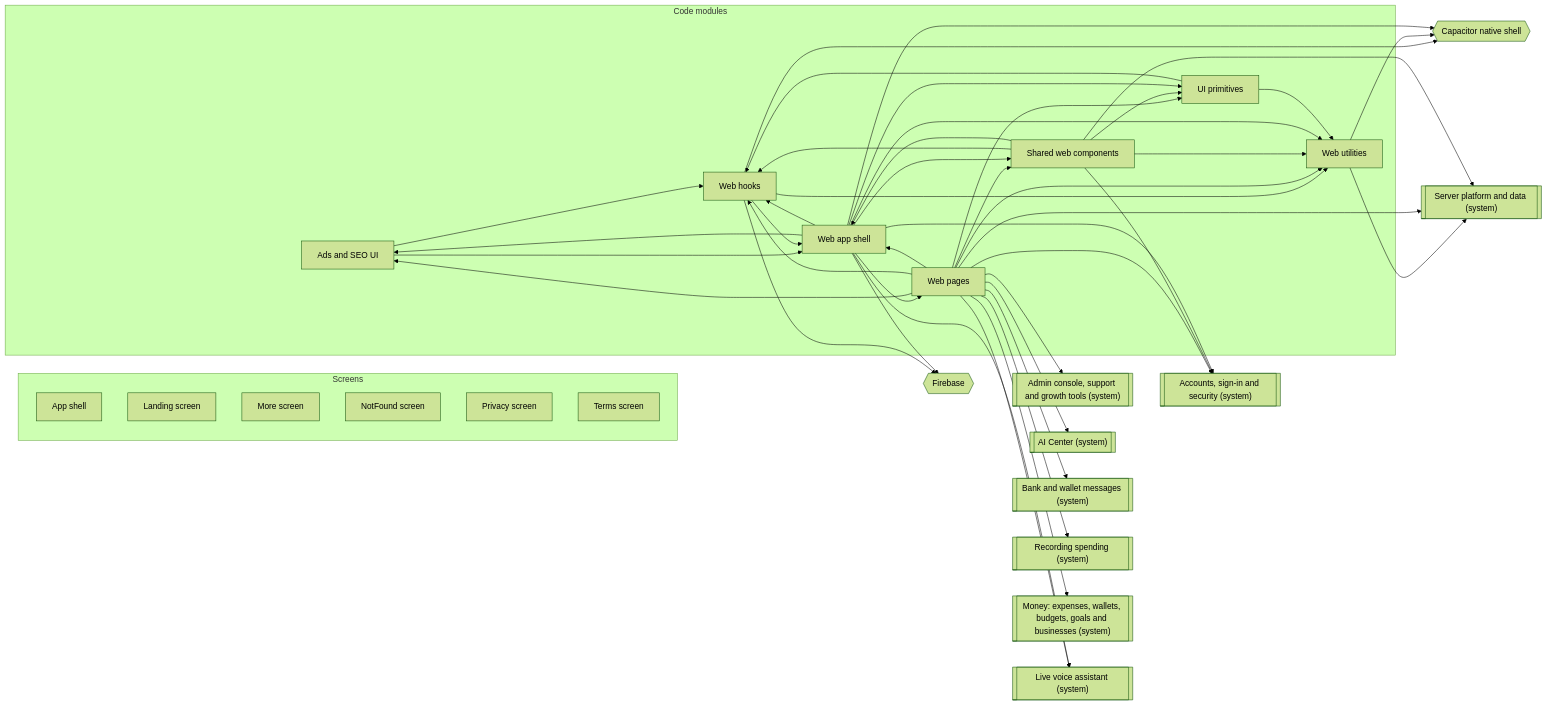
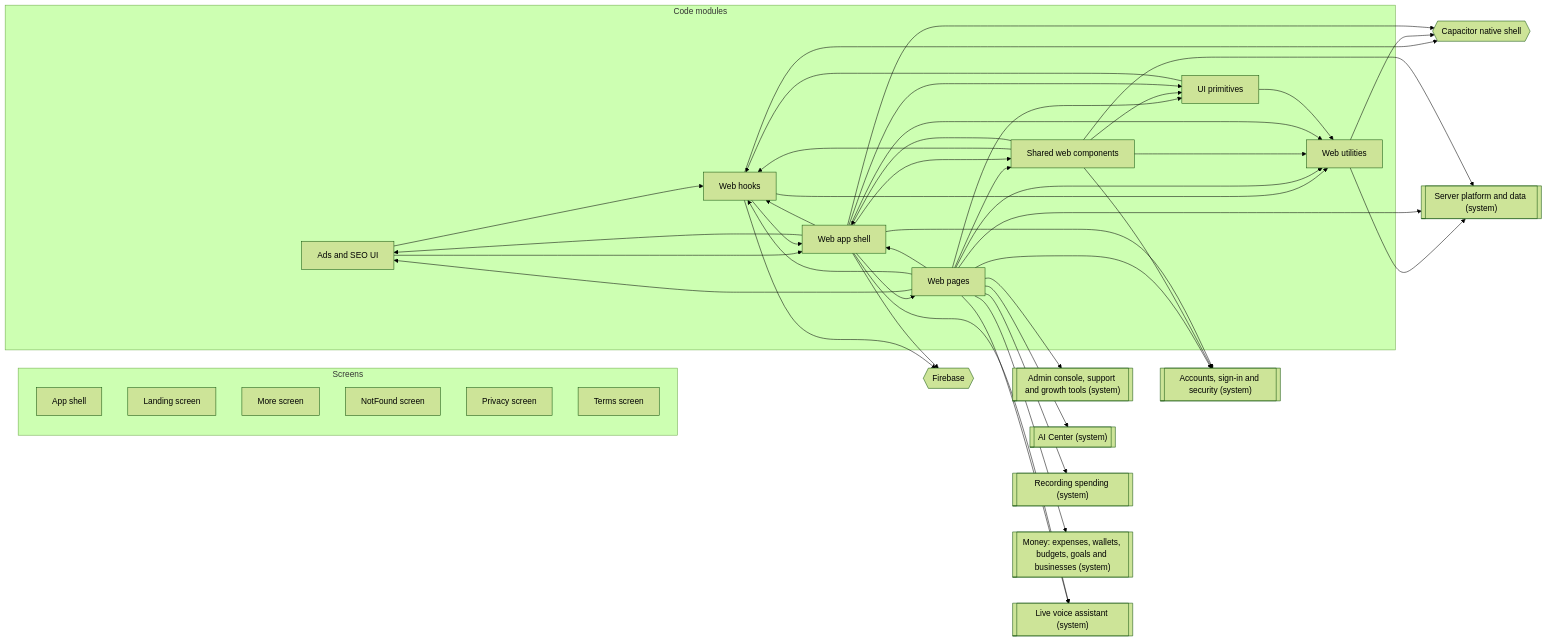
The diagram in docs/atlas/systems/web-app.md (mahmoudtaherr111/smartspend_mini_all), drawn with Mermaid (forest theme) before and after one commit. The commit also changed other lines of this file and 62 other files, not shown here.

First line of the commit message:
refactor(web): remove the old bank-sync screens

````diff
--- a/docs/atlas/systems/web-app.md
+++ b/docs/atlas/systems/web-app.md
@@ -13,70 +13,68 @@
 ```mermaid
 flowchart LR
   subgraph g_screens["Screens"]
     page_App_shell["App shell"]
     page_Landing["Landing screen"]
     page_More["More screen"]
     page_NotFound["NotFound screen"]
     page_Privacy["Privacy screen"]
     page_Terms["Terms screen"]
   end
   subgraph g_modules["Code modules"]
     mod_web_growth["Ads and SEO UI"]
     mod_web_hooks["Web hooks"]
     mod_web_lib["Web utilities"]
     mod_web_pages["Web pages"]
     mod_web_shared["Shared web components"]
     mod_web_shell["Web app shell"]
     mod_web_ui_kit["UI primitives"]
   end
   ext_capacitor{{"Capacitor native shell"}}
   ext_firebase{{"Firebase"}}
   sys_accounts[["Accounts, sign-in and security (system)"]]
   sys_admin[["Admin console, support and growth tools (system)"]]
   sys_ai_center[["AI Center (system)"]]
-  sys_bank_messages[["Bank and wallet messages (system)"]]
   sys_expense_capture[["Recording spending (system)"]]
   sys_money[["Money: expenses, wallets, budgets, goals and businesses (system)"]]
   sys_platform[["Server platform and data (system)"]]
   sys_voice_calls[["Live voice assistant (system)"]]
   mod_web_growth --> mod_web_hooks
   mod_web_growth --> mod_web_shell
   mod_web_hooks --> ext_capacitor
   mod_web_hooks --> ext_firebase
   mod_web_hooks --> mod_web_lib
   mod_web_hooks --> mod_web_shell
   mod_web_lib --> ext_capacitor
   mod_web_lib --> sys_platform
   mod_web_pages --> mod_web_growth
   mod_web_pages --> mod_web_hooks
   mod_web_pages --> mod_web_lib
   mod_web_pages --> mod_web_shared
   mod_web_pages --> mod_web_shell
   mod_web_pages --> mod_web_ui_kit
   mod_web_pages --> sys_accounts
   mod_web_pages --> sys_admin
   mod_web_pages --> sys_ai_center
-  mod_web_pages --> sys_bank_messages
   mod_web_pages --> sys_expense_capture
   mod_web_pages --> sys_money
   mod_web_pages --> sys_platform
   mod_web_pages --> sys_voice_calls
   mod_web_shared --> mod_web_hooks
   mod_web_shared --> mod_web_lib
   mod_web_shared --> mod_web_shell
   mod_web_shared --> mod_web_ui_kit
   mod_web_shared --> sys_accounts
   mod_web_shared --> sys_platform
   mod_web_shell --> ext_capacitor
   mod_web_shell --> ext_firebase
   mod_web_shell --> mod_web_growth
   mod_web_shell --> mod_web_hooks
   mod_web_shell --> mod_web_lib
   mod_web_shell --> mod_web_pages
   mod_web_shell --> mod_web_shared
   mod_web_shell --> mod_web_ui_kit
   mod_web_shell --> sys_accounts
   mod_web_shell --> sys_voice_calls
   mod_web_ui_kit --> mod_web_hooks
   mod_web_ui_kit --> mod_web_lib
 ```
````
